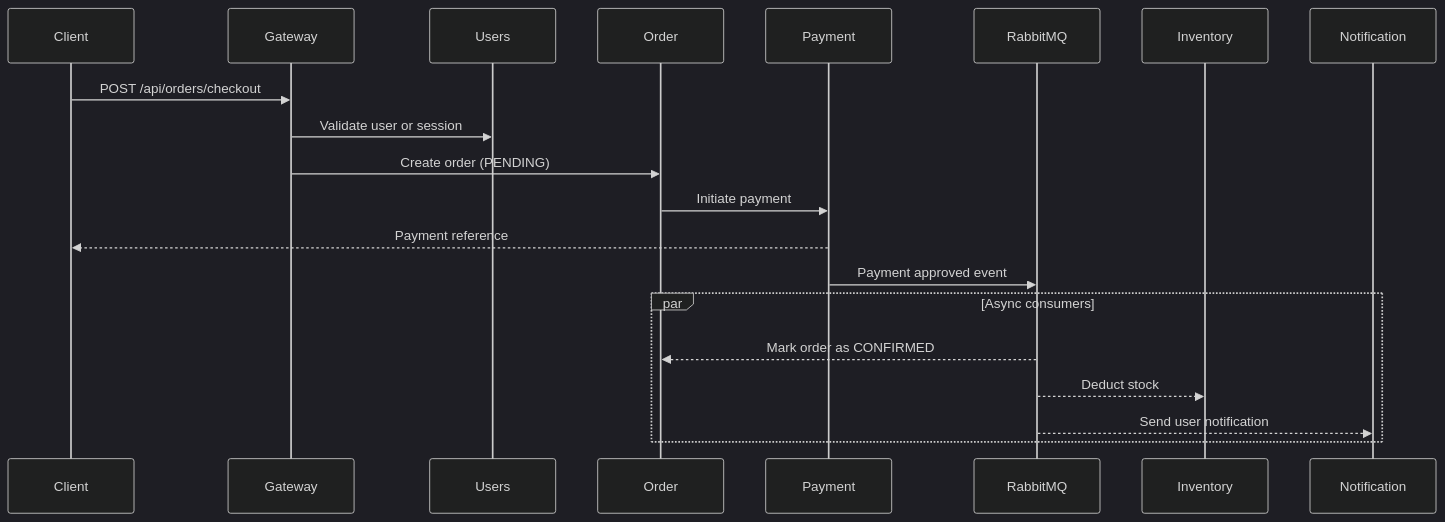
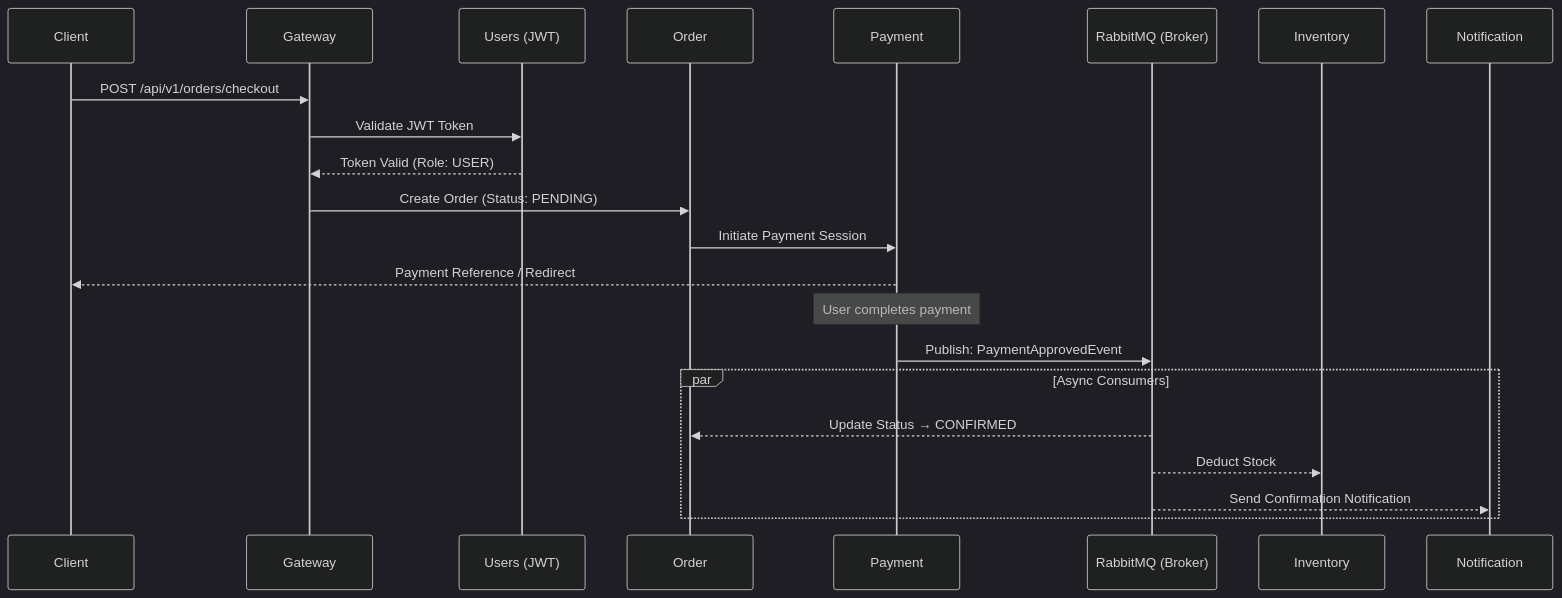
One commit to saMM7111/shopsphere-microservices changed the second of 2 diagrams in README.md. Above: the diagram before and after it, drawn with Mermaid (dark theme). The commit also changed other lines of this file, not shown here.

````diff
--- a/README.md
+++ b/README.md
@@ -90,25 +106,28 @@
 ```mermaid
 sequenceDiagram
-	participant Client
-	participant Gateway
-	participant Users
-	participant Order
-	participant Payment
-	participant Rabbit as RabbitMQ
-	participant Inventory
-	participant Notify as Notification
+    participant Client
+    participant Gateway
+    participant Users as Users (JWT)
+    participant Order
+    participant Payment
+    participant Rabbit as RabbitMQ (Broker)
+    participant Inventory
+    participant Notify as Notification
 
-	Client->>Gateway: POST /api/orders/checkout
-	Gateway->>Users: Validate user or session
-	Gateway->>Order: Create order (PENDING)
-	Order->>Payment: Initiate payment
-	Payment-->>Client: Payment reference
+    Client->>Gateway: POST /api/v1/orders/checkout
+    Gateway->>Users: Validate JWT Token
+    Users-->>Gateway: Token Valid (Role: USER)
+    Gateway->>Order: Create Order (Status: PENDING)
+    Order->>Payment: Initiate Payment Session
+    Payment-->>Client: Payment Reference / Redirect
 
-	Payment->>Rabbit: Payment approved event
+    Note over Payment: User completes payment
 
-	par Async consumers
-		Rabbit-->>Order: Mark order as CONFIRMED
-		Rabbit-->>Inventory: Deduct stock
-		Rabbit-->>Notify: Send user notification
-	end
+    Payment->>Rabbit: Publish: PaymentApprovedEvent
+
+    par Async Consumers
+        Rabbit-->>Order: Update Status → CONFIRMED
+        Rabbit-->>Inventory: Deduct Stock
+        Rabbit-->>Notify: Send Confirmation Notification
+    end
 ```
````
